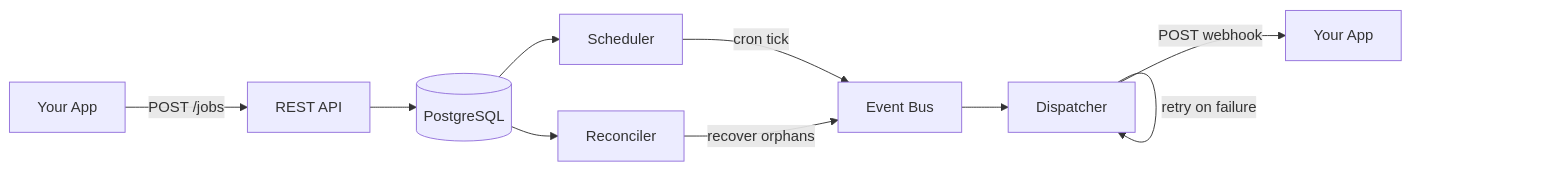
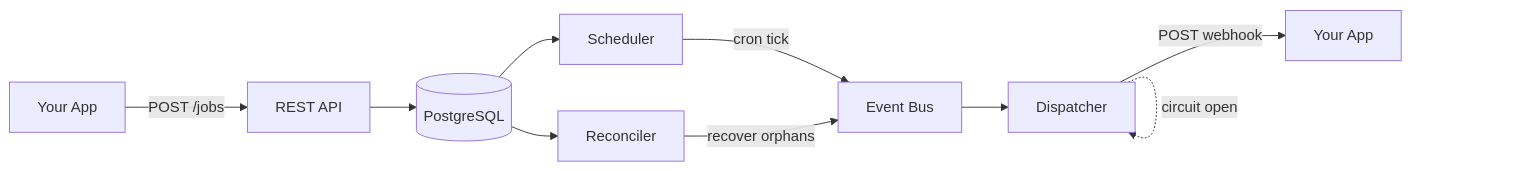
Before and after one commit to djlord-it/easy-cron: the diagram in README.md, drawn with Mermaid. The commit also changed other lines of this file and 2 other files, not shown here.

````diff
--- a/README.md
+++ b/README.md
@@ -30,12 +30,13 @@
 ```mermaid
 flowchart LR
     A[Your App] -->|POST /jobs| B[REST API]
     B --> C[(PostgreSQL)]
     C --> D[Scheduler]
     D -->|cron tick| E[Event Bus]
     E --> F[Dispatcher]
     F -->|POST webhook| G[Your App]
     F -->|retry on failure| F
+    F -.->|circuit open| F
     H[Reconciler] -->|recover orphans| E
     C --> H
 ```
````
